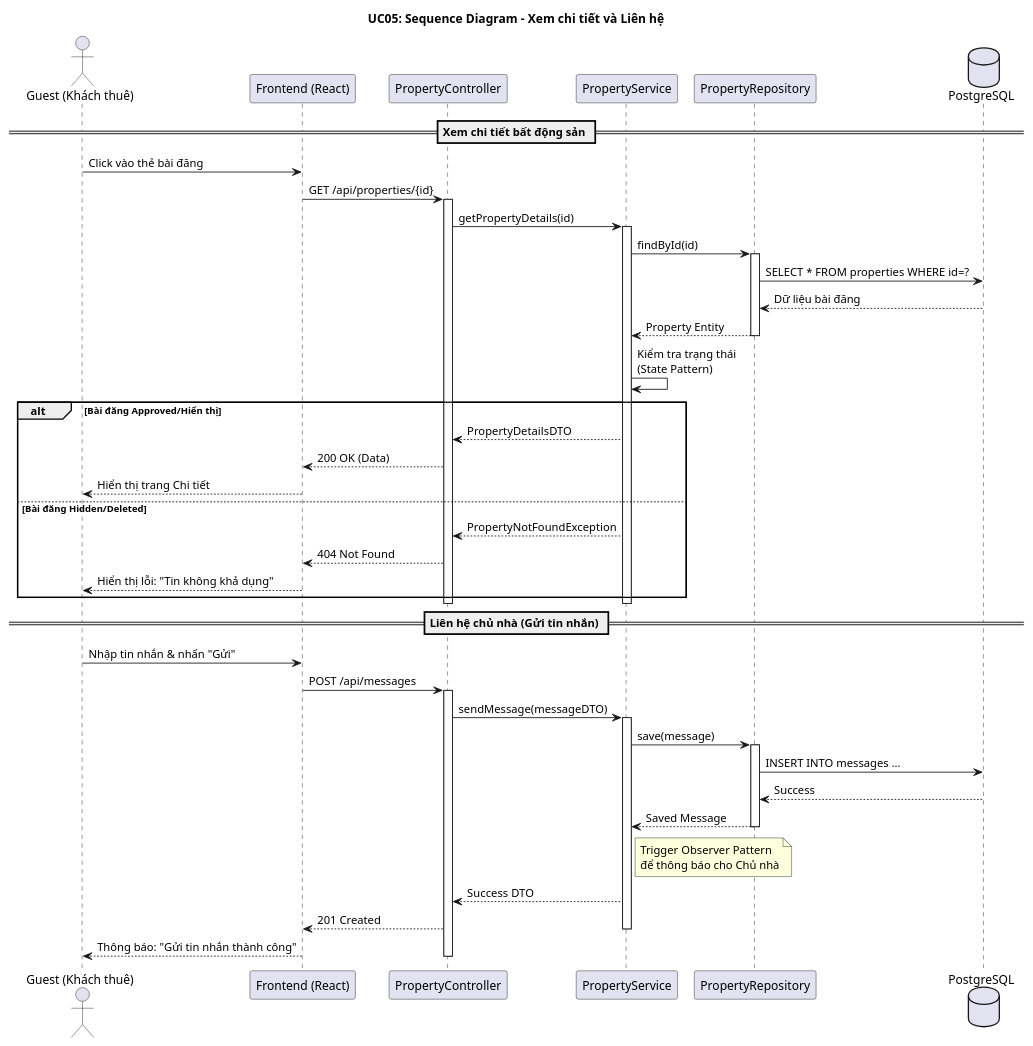
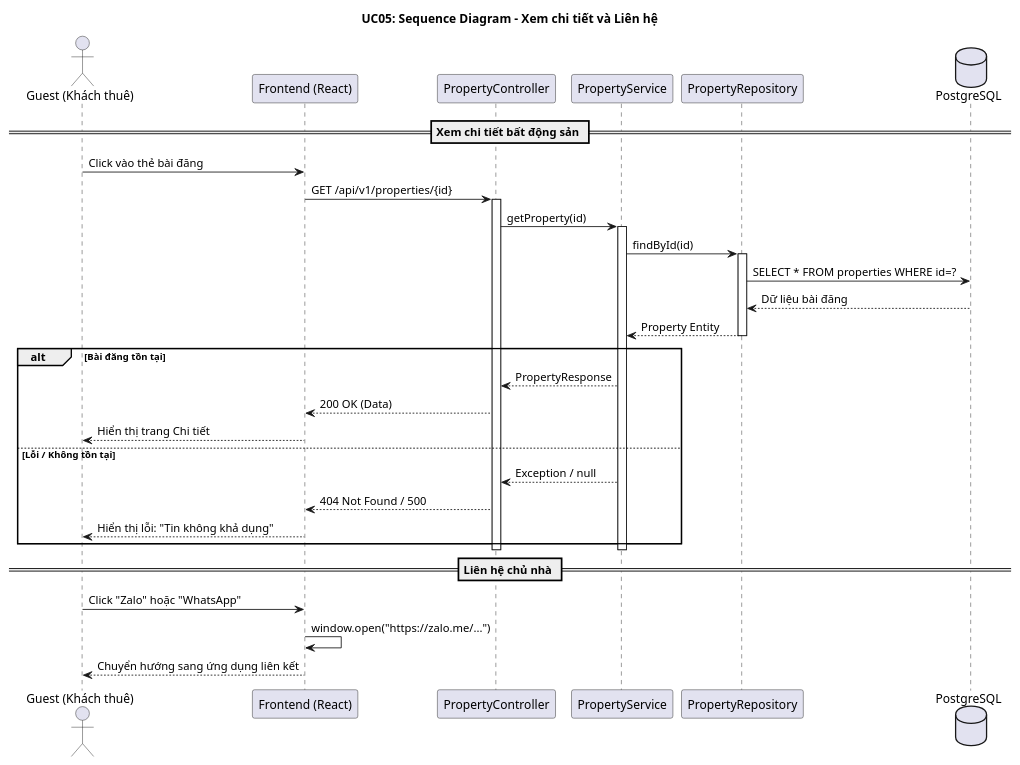
The diagram in src/main/java/vn/hcmute/edu/lequanghung_nguyenthaibao/backend/uml/UC05_XemChiTiet_LienHe/UC05_XemChiTiet_LienHe_Sequence.puml (chishiya2309/LeaseLink-Backend), drawn with PlantUML before and after one commit. The commit also changed 8 other files, not shown here.

```diff
--- a/src/main/java/vn/hcmute/edu/lequanghung_nguyenthaibao/backend/uml/UC05_XemChiTiet_LienHe/UC05_XemChiTiet_LienHe_Sequence.puml
+++ b/src/main/java/vn/hcmute/edu/lequanghung_nguyenthaibao/backend/uml/UC05_XemChiTiet_LienHe/UC05_XemChiTiet_LienHe_Sequence.puml
@@ -1,67 +1,46 @@
 @startuml
 title UC05: Sequence Diagram - Xem chi tiết và Liên hệ
 
 actor "Guest (Khách thuê)" as Guest
 participant "Frontend (React)" as FE
 participant "PropertyController" as Controller
 participant "PropertyService" as Service
 participant "PropertyRepository" as Repo
 database "PostgreSQL" as DB
 
 == Xem chi tiết bất động sản ==
 
 Guest -> FE : Click vào thẻ bài đăng
-FE -> Controller : GET /api/properties/{id}
+FE -> Controller : GET /api/v1/properties/{id}
 activate Controller
 
-Controller -> Service : getPropertyDetails(id)
+Controller -> Service : getProperty(id)
 activate Service
 
 Service -> Repo : findById(id)
 activate Repo
 Repo -> DB : SELECT * FROM properties WHERE id=?
 DB --> Repo : Dữ liệu bài đăng
 Repo --> Service : Property Entity
 deactivate Repo
 
-Service -> Service : Kiểm tra trạng thái\n(State Pattern)
-
-alt Bài đăng Approved/Hiển thị
-    Service --> Controller : PropertyDetailsDTO
+alt Bài đăng tồn tại
+    Service --> Controller : PropertyResponse
     Controller --> FE : 200 OK (Data)
     FE --> Guest : Hiển thị trang Chi tiết
-else Bài đăng Hidden/Deleted
-    Service --> Controller : PropertyNotFoundException
-    Controller --> FE : 404 Not Found
+else Lỗi / Không tồn tại
+    Service --> Controller : Exception / null
+    Controller --> FE : 404 Not Found / 500
     FE --> Guest : Hiển thị lỗi: "Tin không khả dụng"
 end
 
 deactivate Service
 deactivate Controller
 
-== Liên hệ chủ nhà (Gửi tin nhắn) ==
+== Liên hệ chủ nhà ==
 
-Guest -> FE : Nhập tin nhắn & nhấn "Gửi"
-FE -> Controller : POST /api/messages
-activate Controller
-
-Controller -> Service : sendMessage(messageDTO)
-activate Service
-
-Service -> Repo : save(message)
-activate Repo
-Repo -> DB : INSERT INTO messages ...
-DB --> Repo : Success
-Repo --> Service : Saved Message
-deactivate Repo
-
-note right of Service : Trigger Observer Pattern\nđể thông báo cho Chủ nhà
-
-Service --> Controller : Success DTO
-Controller --> FE : 201 Created
-deactivate Service
-
-FE --> Guest : Thông báo: "Gửi tin nhắn thành công"
-deactivate Controller
+Guest -> FE : Click "Zalo" hoặc "WhatsApp"
+FE -> FE : window.open("https://zalo.me/...")
+FE --> Guest : Chuyển hướng sang ứng dụng liên kết
 
 @enduml
```
